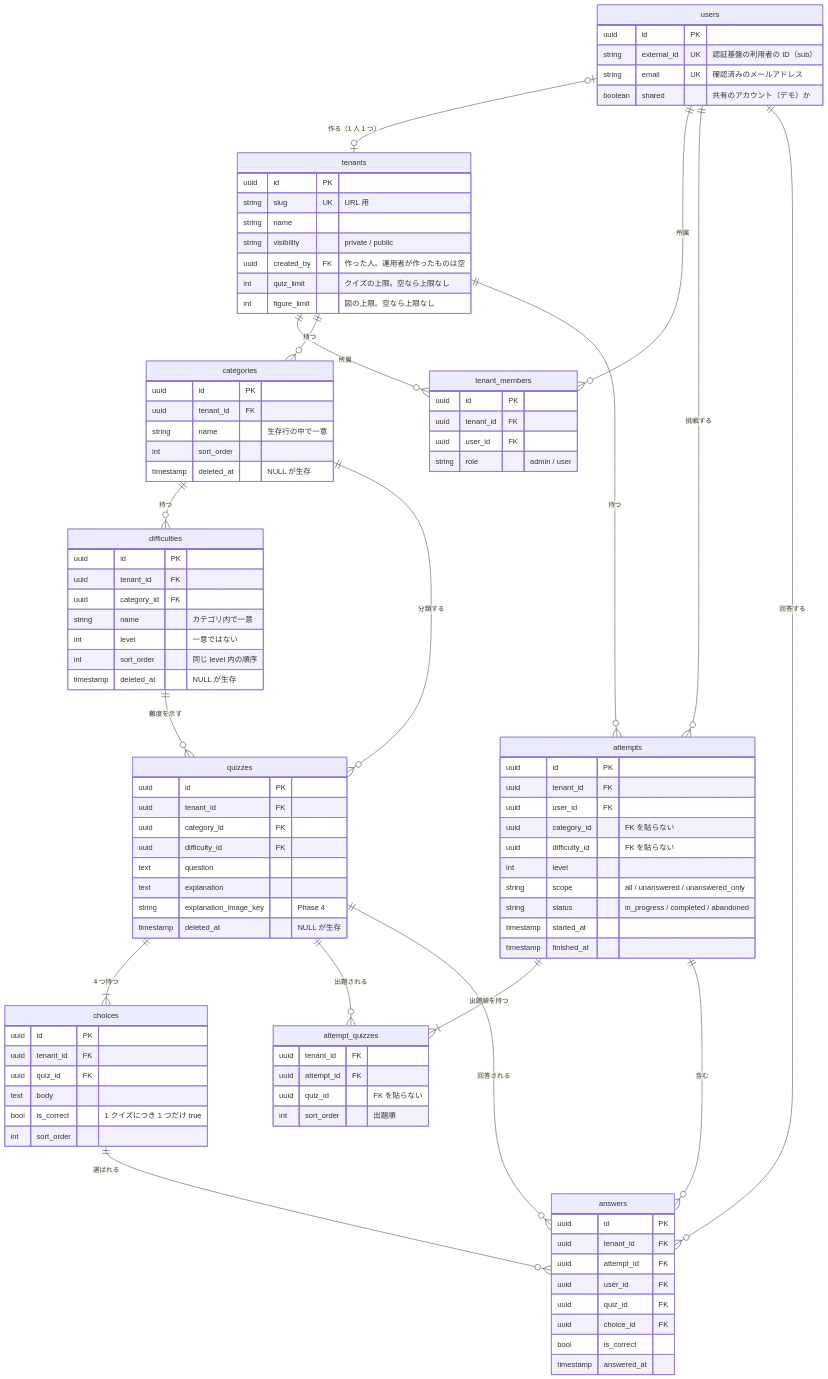
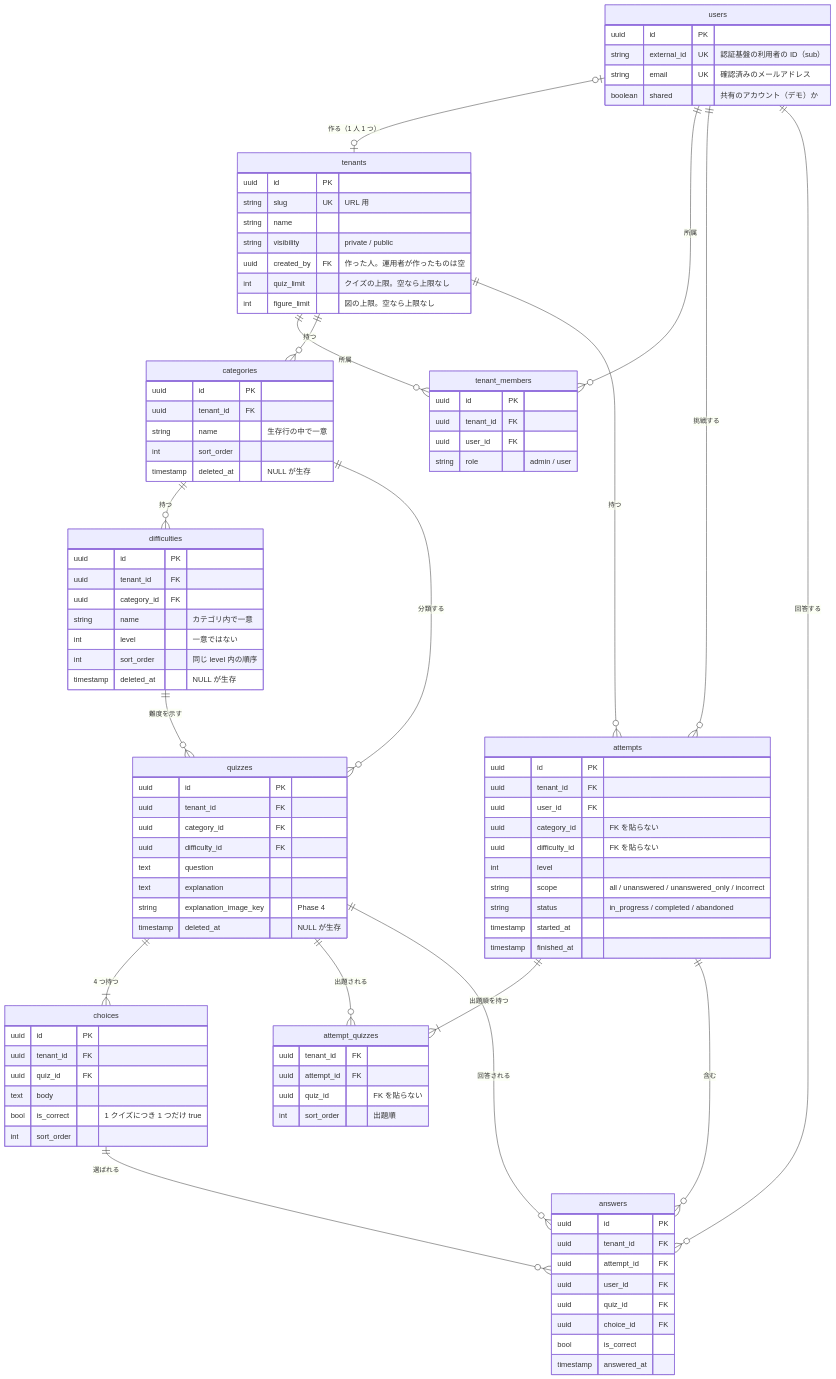
One commit to fujitamasayoshi0402/quiz-app changed the diagram in docs/domain-model.md. Above: the diagram before and after it, drawn with Mermaid. The commit also changed 17 other files, not shown here.

```diff
--- a/docs/domain-model.md
+++ b/docs/domain-model.md
@@ -405,7 +405,7 @@
         uuid category_id "FK を貼らない"
         uuid difficulty_id "FK を貼らない"
         int level
-        string scope "all / unanswered / unanswered_only"
+        string scope "all / unanswered / unanswered_only / incorrect"
         string status "in_progress / completed / abandoned"
         timestamp started_at
         timestamp finished_at
```
